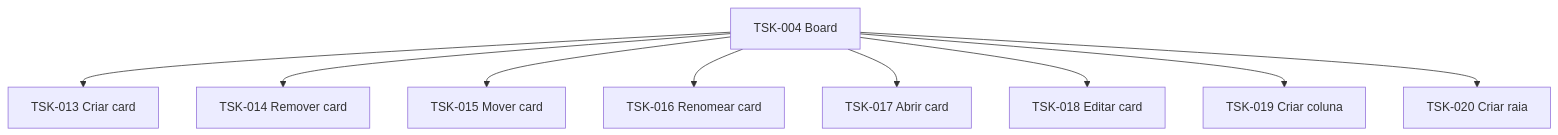
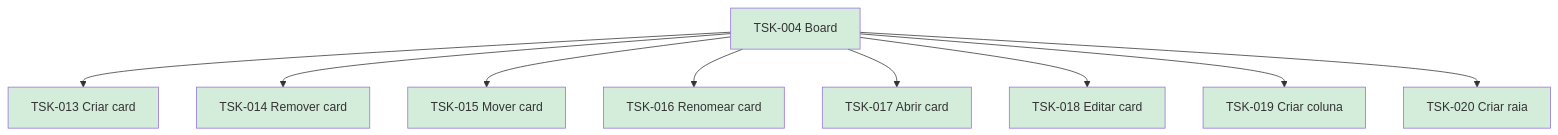
One commit to laerciogermano/workstation changed the diagram in flow/tasks/TSK-001-criar-epico/TSK-002-criar-as-historias/TSK-004-board/README.md. Above: the diagram before and after it, drawn with Mermaid. The commit also changed other lines of this file and 22 other files, not shown here.

````diff
--- a/flow/tasks/TSK-001-criar-epico/TSK-002-criar-as-historias/TSK-004-board/README.md
+++ b/flow/tasks/TSK-001-criar-epico/TSK-002-criar-as-historias/TSK-004-board/README.md
@@ -12,20 +12,29 @@
 ```mermaid
 flowchart TD
   T004[TSK-004 Board]
   T013[TSK-013 Criar card]
   T014[TSK-014 Remover card]
   T015[TSK-015 Mover card]
   T016[TSK-016 Renomear card]
   T017[TSK-017 Abrir card]
   T018[TSK-018 Editar card]
   T019[TSK-019 Criar coluna]
   T020[TSK-020 Criar raia]
   T004 --> T013
   T004 --> T014
   T004 --> T015
   T004 --> T016
   T004 --> T017
   T004 --> T018
   T004 --> T019
   T004 --> T020
+  style T004 fill:#d4edda
+  style T013 fill:#d4edda
+  style T014 fill:#d4edda
+  style T015 fill:#d4edda
+  style T016 fill:#d4edda
+  style T017 fill:#d4edda
+  style T018 fill:#d4edda
+  style T019 fill:#d4edda
+  style T020 fill:#d4edda
 ```
````
